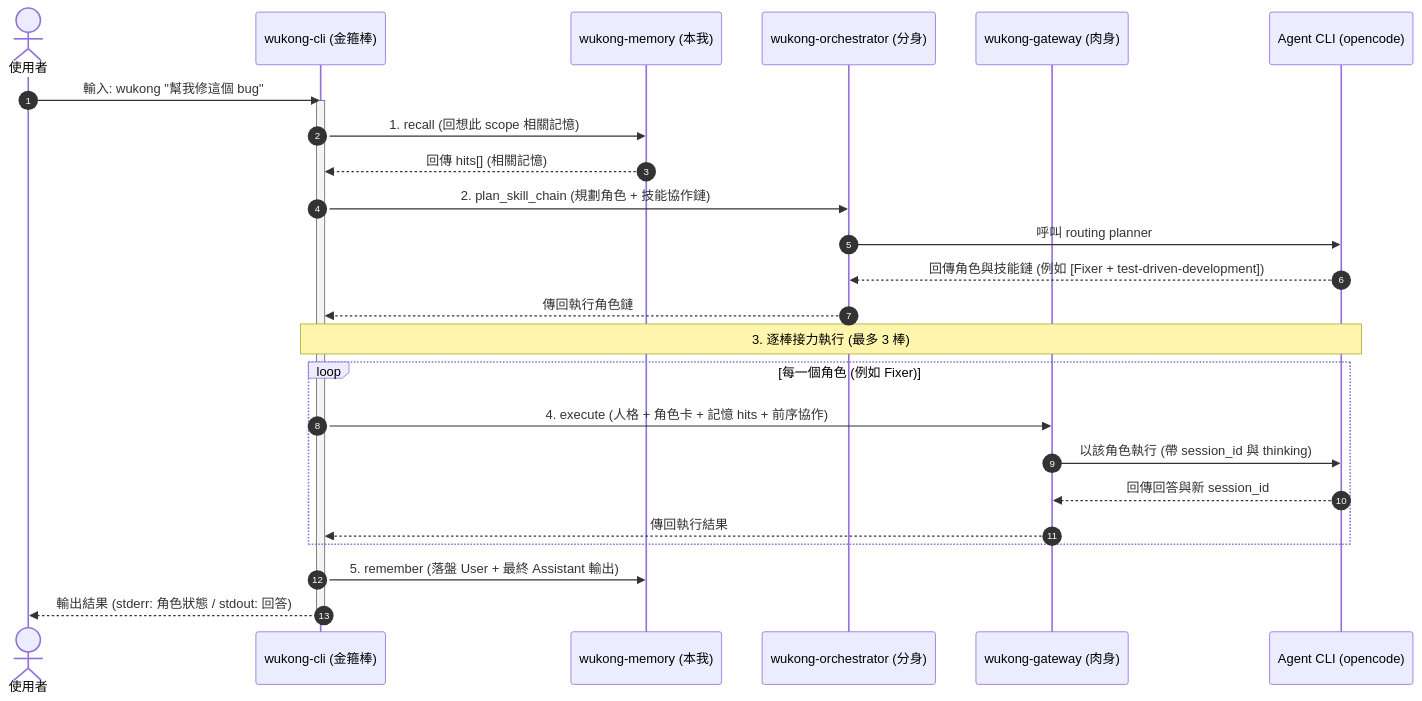
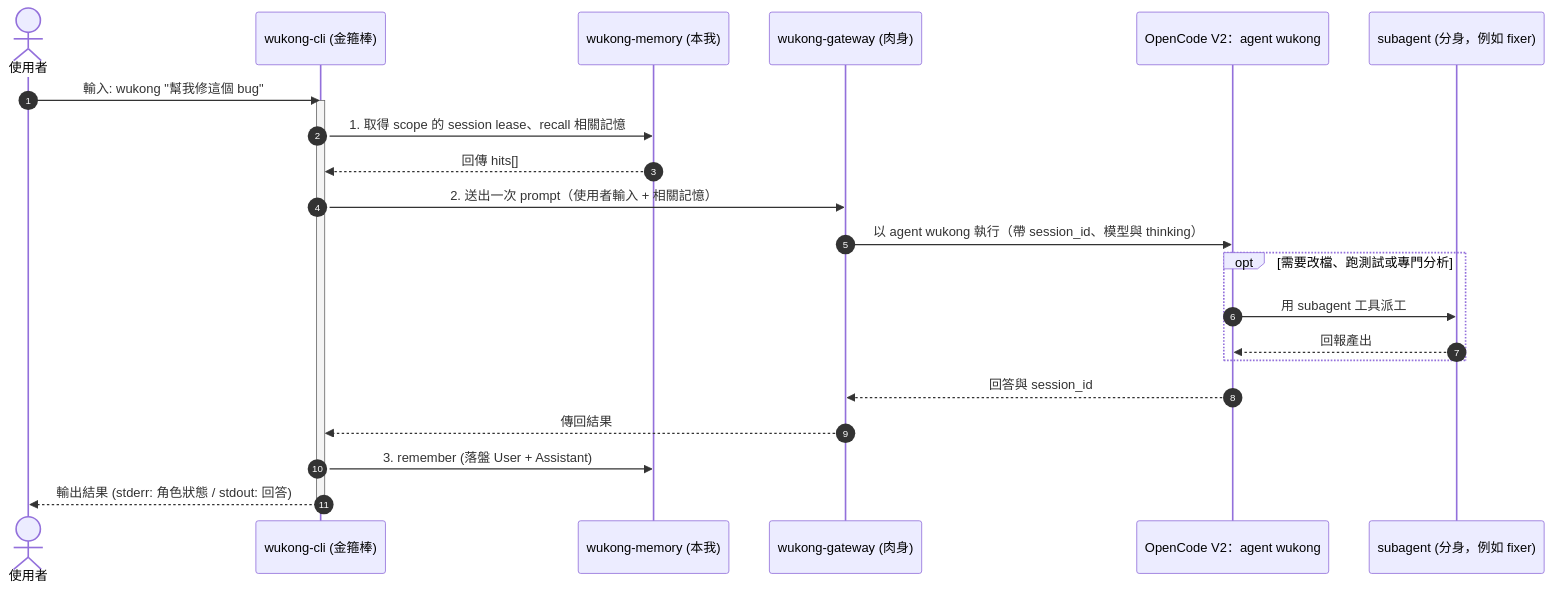
The diagram in README.md (raybird/Wukong), drawn with Mermaid before and after one commit. The commit also changed other lines of this file and 137 other files, not shown here.

First line of the commit message:
#45 Wukong 瘦身：planner、技能、固定提示與壓縮交給 OpenCode V2 (#47)

````diff
--- a/README.md
+++ b/README.md
@@ -51,34 +51,30 @@
 ```mermaid
 sequenceDiagram
     autonumber
     actor User as 使用者
     participant CLI as wukong-cli (金箍棒)
     participant Mem as wukong-memory (本我)
-    participant Orch as wukong-orchestrator (分身)
     participant GW as wukong-gateway (肉身)
-    participant Agent as Agent CLI (opencode)
+    participant Agent as OpenCode V2：agent wukong
+    participant Sub as subagent (分身，例如 fixer)
 
     User->>CLI: 輸入: wukong "幫我修這個 bug"
     activate CLI
-    
-    CLI->>Mem: 1. recall (回想此 scope 相關記憶)
-    Mem-->>CLI: 回傳 hits[] (相關記憶)
-    
-    CLI->>Orch: 2. plan_skill_chain (規劃角色 + 技能協作鏈)
-    Orch->>Agent: 呼叫 routing planner
-    Agent-->>Orch: 回傳角色與技能鏈 (例如 [Fixer + test-driven-development])
-    Orch-->>CLI: 傳回執行角色鏈
-    
-    Note over CLI, Agent: 3. 逐棒接力執行 (最多 3 棒)
-    loop 每一個角色 (例如 Fixer)
-        CLI->>GW: 4. execute (人格 + 角色卡 + 記憶 hits + 前序協作)
-        GW->>Agent: 以該角色執行 (帶 session_id 與 thinking)
-        Agent-->>GW: 回傳回答與新 session_id
-        GW-->>CLI: 傳回執行結果
+
+    CLI->>Mem: 1. 取得 scope 的 session lease、recall 相關記憶
+    Mem-->>CLI: 回傳 hits[]
+
+    CLI->>GW: 2. 送出一次 prompt（使用者輸入 + 相關記憶）
+    GW->>Agent: 以 agent wukong 執行（帶 session_id、模型與 thinking）
+    opt 需要改檔、跑測試或專門分析
+        Agent->>Sub: 用 subagent 工具派工
+        Sub-->>Agent: 回報產出
     end
-    
-    CLI->>Mem: 5. remember (落盤 User + 最終 Assistant 輸出)
-    
+    Agent-->>GW: 回答與 session_id
+    GW-->>CLI: 傳回結果
+
+    CLI->>Mem: 3. remember (落盤 User + Assistant)
+
     CLI-->>User: 輸出結果 (stderr: 角色狀態 / stdout: 回答)
     deactivate CLI
 ```
````
